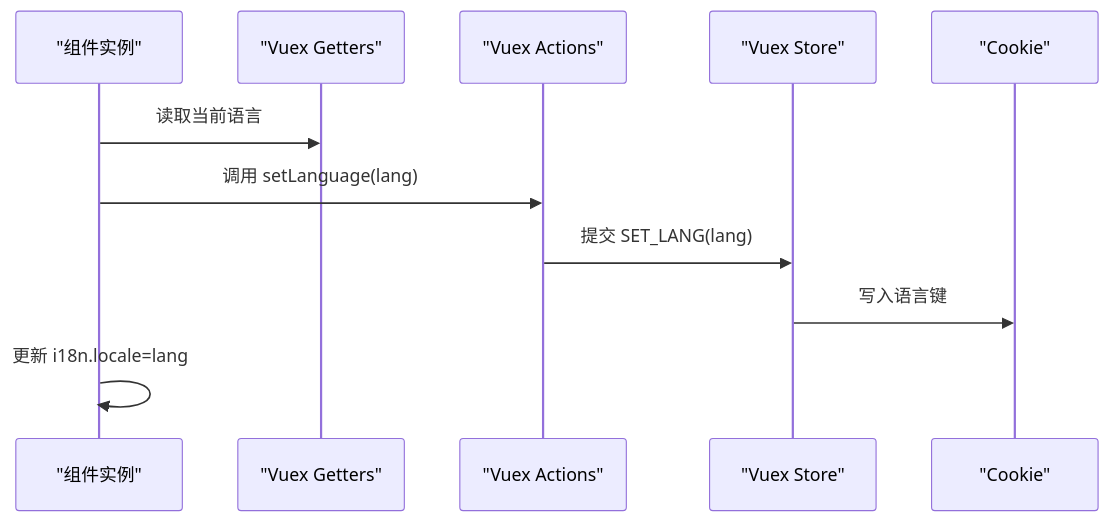
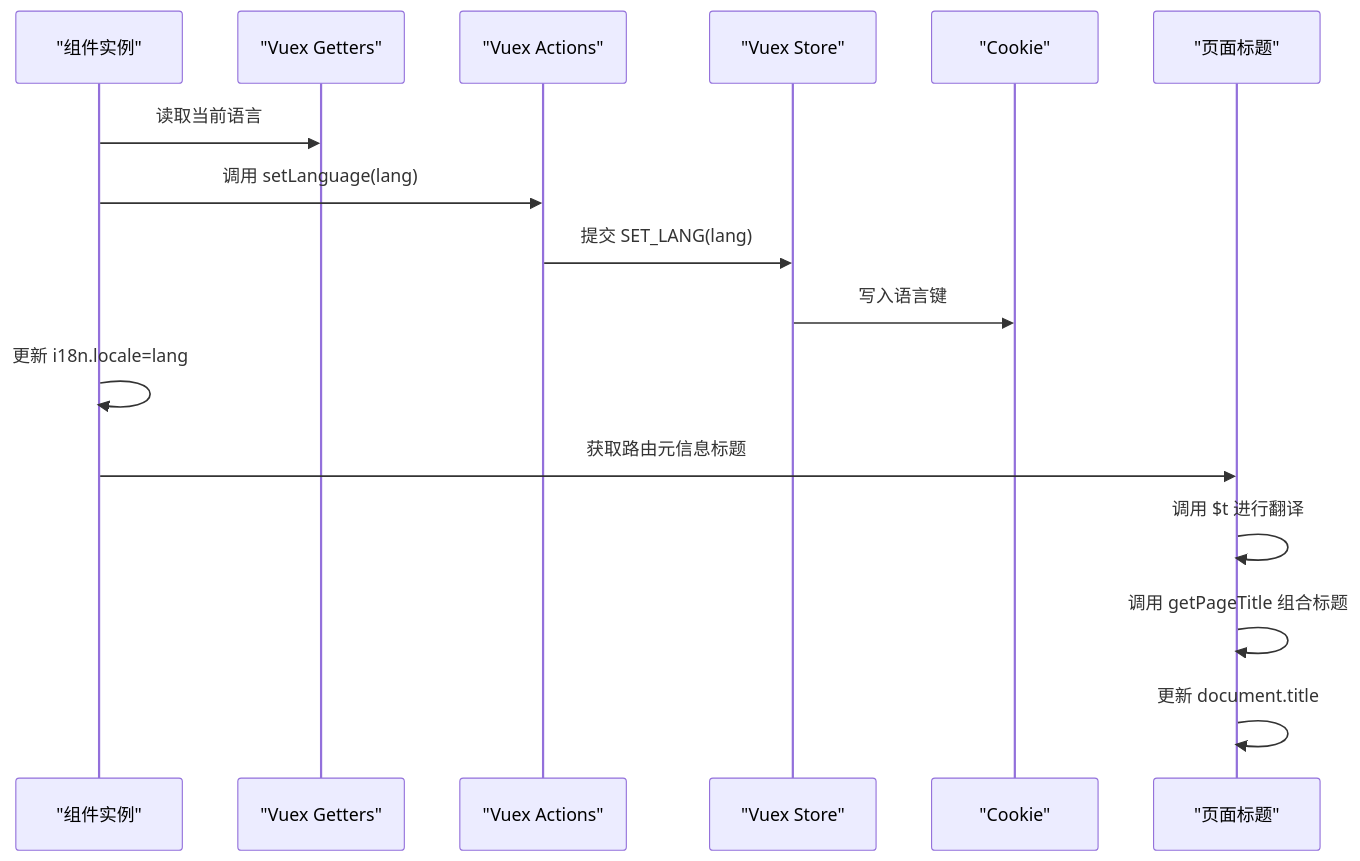
Before and after one commit to Neveryu/vue-cms: the fourth of 6 diagrams in .qoder/repowiki/zh/content/核心功能/系统设置/多语言国际化.md, drawn with Mermaid. The commit also changed other lines of this file and 11 other files, not shown here.

````diff
--- a/.qoder/repowiki/zh/content/核心功能/系统设置/多语言国际化.md
+++ b/.qoder/repowiki/zh/content/核心功能/系统设置/多语言国际化.md
@@ -180,13 +217,18 @@
 ```mermaid
 sequenceDiagram
 participant C as "组件实例"
 participant G as "Vuex Getters"
 participant A as "Vuex Actions"
 participant S as "Vuex Store"
 participant K as "Cookie"
+participant P as "页面标题"
 C->>G : 读取当前语言
 C->>A : 调用 setLanguage(lang)
 A->>S : 提交 SET_LANG(lang)
 S->>K : 写入语言键
 C->>C : 更新 i18n.locale=lang
+C->>P : 获取路由元信息标题
+P->>P : 调用 $t 进行翻译
+P->>P : 调用 getPageTitle 组合标题
+P->>P : 更新 document.title
 ```
````
